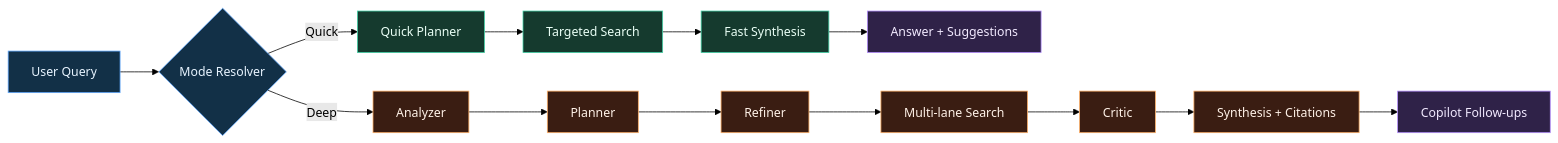
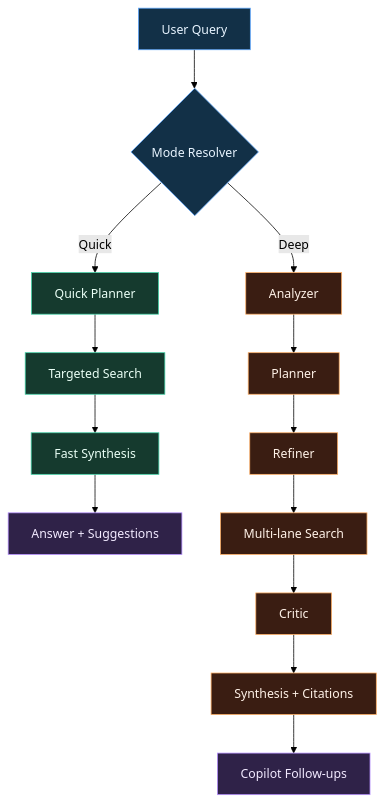
One commit to zvspuentus-rgb/Argentic-Search-Lab changed the first of 3 diagrams in README.md. Above: the diagram before and after it, drawn with Mermaid (forest theme). The commit also changed other lines of this file and 4 other files, not shown here.

````diff
--- a/README.md
+++ b/README.md
@@ -59,23 +86,23 @@
 ```mermaid
-flowchart LR
+flowchart TB
     A["User Query"] --> B{"Mode Resolver"}
     B -->|"Quick"| Q1["Quick Planner"]
     Q1 --> Q2["Targeted Search"]
     Q2 --> Q3["Fast Synthesis"]
     Q3 --> Q4["Answer + Suggestions"]
     B -->|"Deep"| D1["Analyzer"]
     D1 --> D2["Planner"]
     D2 --> D3["Refiner"]
     D3 --> D4["Multi-lane Search"]
     D4 --> D5["Critic"]
     D5 --> D6["Synthesis + Citations"]
     D6 --> D7["Copilot Follow-ups"]
     classDef entry fill:#123047,stroke:#5fa8ff,color:#e8f4ff,stroke-width:1px;
     classDef quick fill:#153a2e,stroke:#43d3a8,color:#eafff6,stroke-width:1px;
     classDef deep fill:#3a1d12,stroke:#ffb067,color:#fff2e8,stroke-width:1px;
     classDef output fill:#2f2248,stroke:#b690ff,color:#f2eaff,stroke-width:1px;
     class A,B entry;
     class Q1,Q2,Q3 quick;
     class D1,D2,D3,D4,D5,D6 deep;
     class Q4,D7 output;
 ```
````
